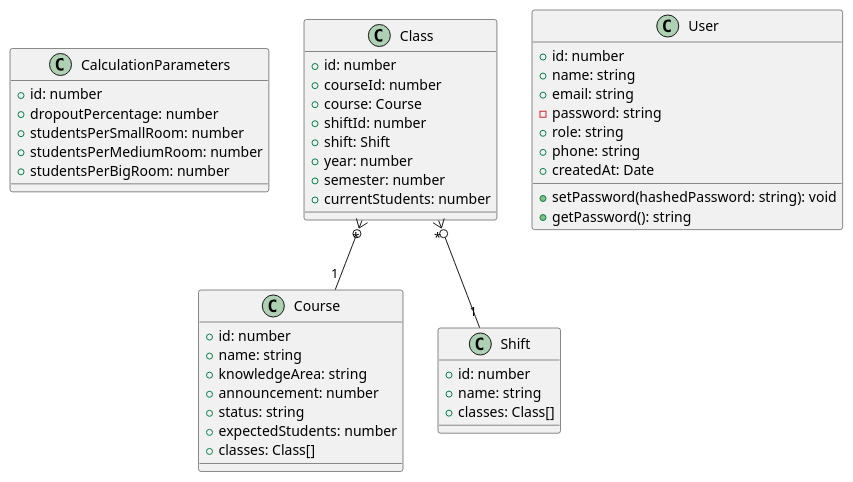
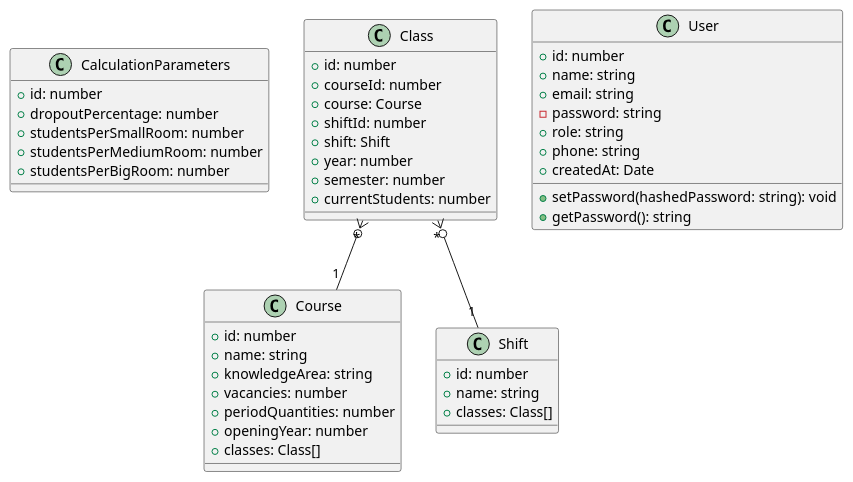
The diagram in docs/uml/_combined.puml (Grupo-5-Biopark/grupo05), drawn with PlantUML before and after one commit. The commit also changed 12 other files, not shown here.

```diff
--- a/docs/uml/_combined.puml
+++ b/docs/uml/_combined.puml
@@ -1,53 +1,53 @@
 @startuml
 ' Combined Domain Model
-' Generated: 2025-11-03T19:17:55.268Z
+' Generated: 2025-11-10T22:56:54.503Z
 ' Modules: calculation-parameters, classes, courses, shifts, users
 
 
 class CalculationParameters {
     +id: number
     +dropoutPercentage: number
     +studentsPerSmallRoom: number
     +studentsPerMediumRoom: number
     +studentsPerBigRoom: number
 }
 class Course {
     +id: number
     +name: string
     +knowledgeArea: string
-    +announcement: number
-    +status: string
-    +expectedStudents: number
+    +vacancies: number
+    +periodQuantities: number
+    +openingYear: number
     +classes: Class[]
 }
 class Shift {
     +id: number
     +name: string
     +classes: Class[]
 }
 class Class {
     +id: number
     +courseId: number
     +course: Course
     +shiftId: number
     +shift: Shift
     +year: number
     +semester: number
     +currentStudents: number
 }
 class User {
     +id: number
     +name: string
     +email: string
     -password: string
     +role: string
     +phone: string
     +createdAt: Date
     +setPassword(hashedPassword: string): void
     +getPassword(): string
 }
 
 ' Relationships
 Class "*" }o-- "1" Course
 Class "*" }o-- "1" Shift
 @enduml
```
